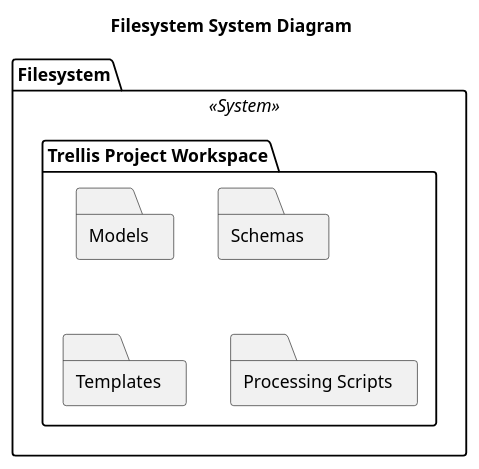
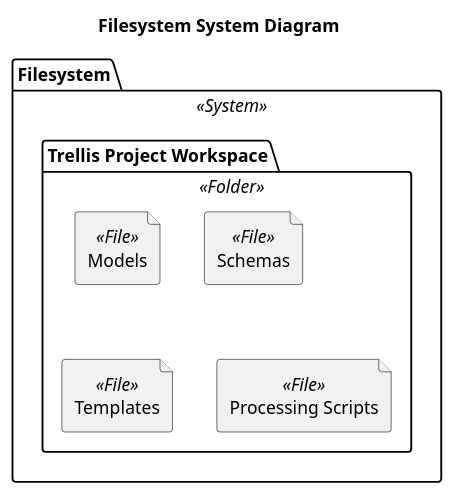
One commit to garrettsutula/example-trellis-project changed the second of 3 diagrams in output/System/filesystem/Diagrams.puml. Above: the diagram before and after it, drawn with PlantUML. The commit also changed 18 other files, not shown here.

```diff
--- a/output/System/filesystem/Diagrams.puml
+++ b/output/System/filesystem/Diagrams.puml
@@ -10,15 +10,15 @@
 @startuml Filesystem Component Diagram
 title Filesystem System Diagram
 
   package "Filesystem" as Filesystem <<System>> {
-    folder "Trellis Project Workspace" as Filesystem.TrellisProjectWorkspace {
-      folder "Models" as Filesystem.TrellisProjectWorkspace.Models
-      folder "Schemas" as Filesystem.TrellisProjectWorkspace.Schemas
-      folder "Templates" as Filesystem.TrellisProjectWorkspace.Templates
-      folder "Processing Scripts" as Filesystem.TrellisProjectWorkspace.ProcessingScripts
+    folder "Trellis Project Workspace" as Filesystem.TrellisProjectWorkspace <<Folder>> {
+      file "Models" as Filesystem.TrellisProjectWorkspace.Models <<File>>
+      file "Schemas" as Filesystem.TrellisProjectWorkspace.Schemas <<File>>
+      file "Templates" as Filesystem.TrellisProjectWorkspace.Templates <<File>>
+      file "Processing Scripts" as Filesystem.TrellisProjectWorkspace.ProcessingScripts <<File>>
     }
     
   }
 
 
 @enduml
```
